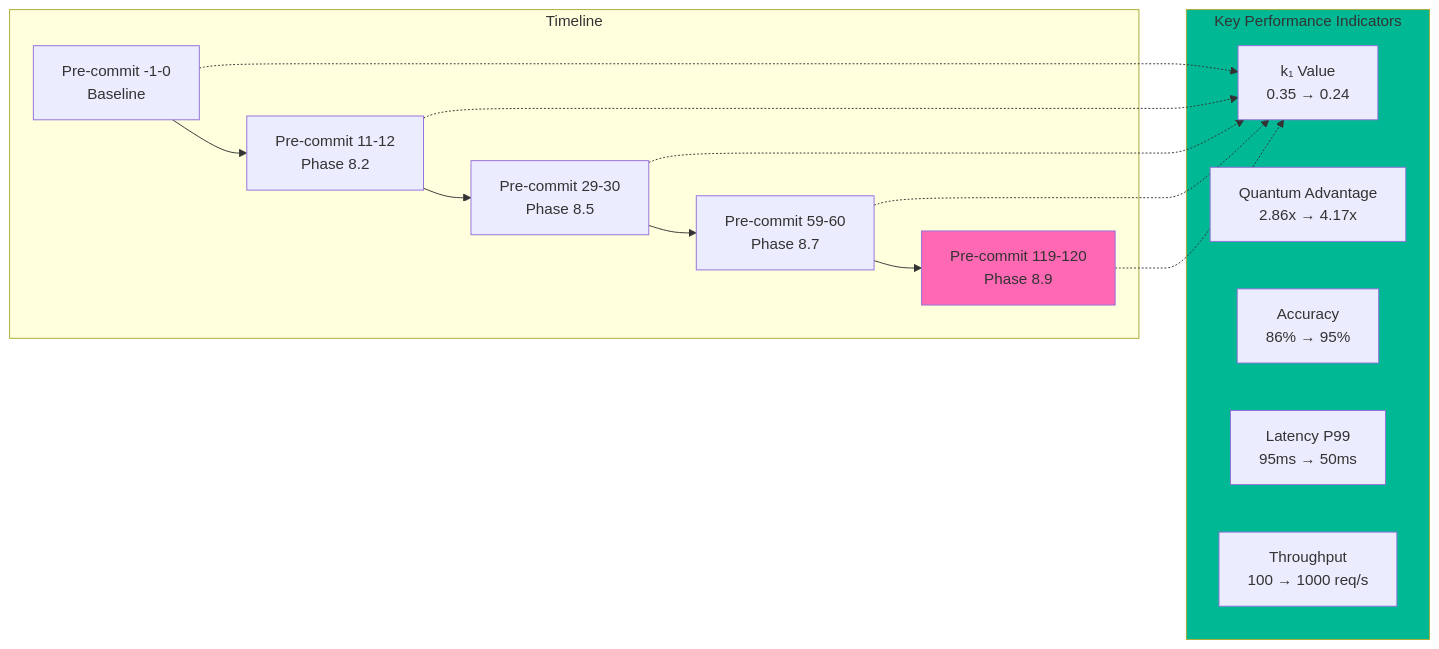
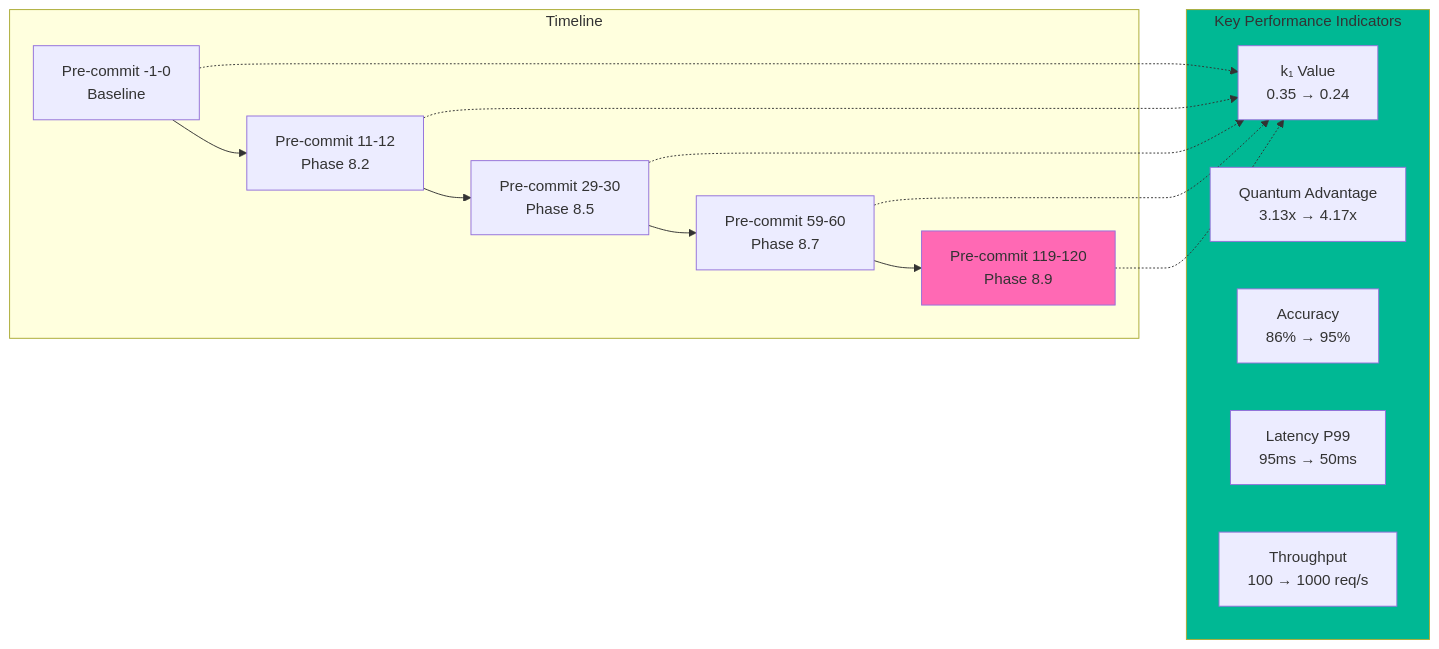
Before and after one commit to Aries-Serpent/_codex_: diagram 18 of 19 in .github/agents/COGNITIVE_BRAIN_ARCHITECTURE_DIAGRAMS.md, drawn with Mermaid. The commit also changed other lines of this file and 74 other files, not shown here.

````diff
--- a/.github/agents/COGNITIVE_BRAIN_ARCHITECTURE_DIAGRAMS.md
+++ b/.github/agents/COGNITIVE_BRAIN_ARCHITECTURE_DIAGRAMS.md
@@ -1027,32 +1022,32 @@
 ```mermaid
 graph LR
     subgraph Metrics["Key Performance Indicators"]
         K1[k₁ Value<br/>0.35 → 0.24]
-        QA[Quantum Advantage<br/>2.86x → 4.17x]
+        QA[Quantum Advantage<br/>3.13x → 4.17x]
         ACC[Accuracy<br/>86% → 95%]
         LAT[Latency P99<br/>95ms → 50ms]
         THR[Throughput<br/>100 → 1000 req/s]
     end
     
     subgraph Timeline
         T0[Pre-commit -1-0<br/>Baseline]
         T6[Pre-commit 11-12<br/>Phase 8.2]
         T15[Pre-commit 29-30<br/>Phase 8.5]
         T30[Pre-commit 59-60<br/>Phase 8.7]
         T60[Pre-commit 119-120<br/>Phase 8.9]
     end
     
     T0 --> T6
     T6 --> T15
     T15 --> T30
     T30 --> T60
     
     T0 -.-> K1
     T6 -.-> K1
     T15 -.-> K1
     T30 -.-> K1
     T60 -.-> K1
     
     style Metrics fill:#00B894
     style T60 fill:#FF69B4
 ```
````
